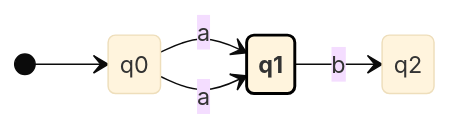
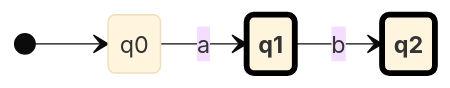
One commit to leekyeongjun/JunsVault changed the diagram in 2025-1/AT/AT Test.md. Above: the diagram before and after it, drawn with Mermaid (base theme). The commit also changed other lines of this file and 2 other files, not shown here.

Commit message:
vault backup: 2025-04-15 13:24:26

````diff
--- a/2025-1/AT/AT Test.md
+++ b/2025-1/AT/AT Test.md
@@ -3,13 +3,16 @@
 ```mermaid
 stateDiagram-v2
 direction LR
 
-classDef f font-weight:bold,stroke-width:2px,stroke:black
+classDef f font-weight:bold,stroke-width:4px,stroke:black
 
 [*] --> q0
+state q0
 q0 --> q1 : a
+state q1
 q1 --> q2 : b
-q0 --> q1 : a
+state q2
 
 class q1 f
+class q2 f
 ```
````
